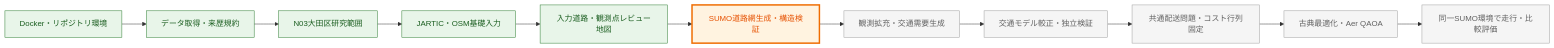
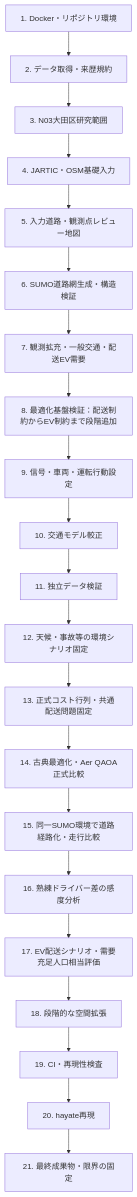
One commit to tkm-sano/kmd-analysis changed the diagram in 05_src/traffic_simulation/implementation_plan.md. Above: the diagram before and after it, drawn with Mermaid. The commit also changed other lines of this file and 20 other files, not shown here.

````diff
--- a/05_src/traffic_simulation/implementation_plan.md
+++ b/05_src/traffic_simulation/implementation_plan.md
@@ -9,20 +9,28 @@
 ```mermaid
-flowchart LR
-    A[Docker・リポジトリ環境] --> B[データ取得・来歴規約]
-    B --> C[N03大田区研究範囲]
-    C --> D[JARTIC・OSM基礎入力]
-    D --> E[入力道路・観測点レビュー地図]
-    E --> F[SUMO道路網生成・構造検証]
-    F --> G[観測拡充・交通需要生成]
-    G --> H[交通モデル較正・独立検証]
-    H --> I[共通配送問題・コスト行列固定]
-    I --> J[古典最適化・Aer QAOA]
-    J --> K[同一SUMO環境で走行・比較評価]
+flowchart TD
+    S01[1. Docker・リポジトリ環境]
+    S02[2. データ取得・来歴規約]
+    S03[3. N03大田区研究範囲]
+    S04[4. JARTIC・OSM基礎入力]
+    S05[5. 入力道路・観測点レビュー地図]
+    S06[6. SUMO道路網生成・構造検証]
+    S07[7. 観測拡充・一般交通・配送EV需要]
+    S08[8. 最適化基盤検証：配送制約からEV制約まで段階追加]
+    S09[9. 信号・車両・運転行動設定]
+    S10[10. 交通モデル較正]
+    S11[11. 独立データ検証]
+    S12[12. 天候・事故等の環境シナリオ固定]
+    S13[13. 正式コスト行列・共通配送問題固定]
+    S14[14. 古典最適化・Aer QAOA正式比較]
+    S15[15. 同一SUMO環境で道路経路化・走行比較]
+    S16[16. 熟練ドライバー差の感度分析]
+    S17[17. EV配送シナリオ・需要充足人口相当評価]
+    S18[18. 段階的な空間拡張]
+    S19[19. CI・再現性検査]
+    S20[20. hayate再現]
+    S21[21. 最終成果物・限界の固定]
 
-    classDef completed fill:#e8f5e9,stroke:#2e7d32,color:#1b5e20;
-    classDef current fill:#fff3e0,stroke:#ef6c00,stroke-width:3px,color:#e65100;
-    classDef planned fill:#f5f5f5,stroke:#9e9e9e,color:#616161;
-    class A,B,C,D,E completed;
-    class F current;
-    class G,H,I,J,K planned;
+    S01 --> S02 --> S03 --> S04 --> S05 --> S06 --> S07
+    S07 --> S08 --> S09 --> S10 --> S11 --> S12 --> S13 --> S14
+    S14 --> S15 --> S16 --> S17 --> S18 --> S19 --> S20 --> S21
 ```
````
